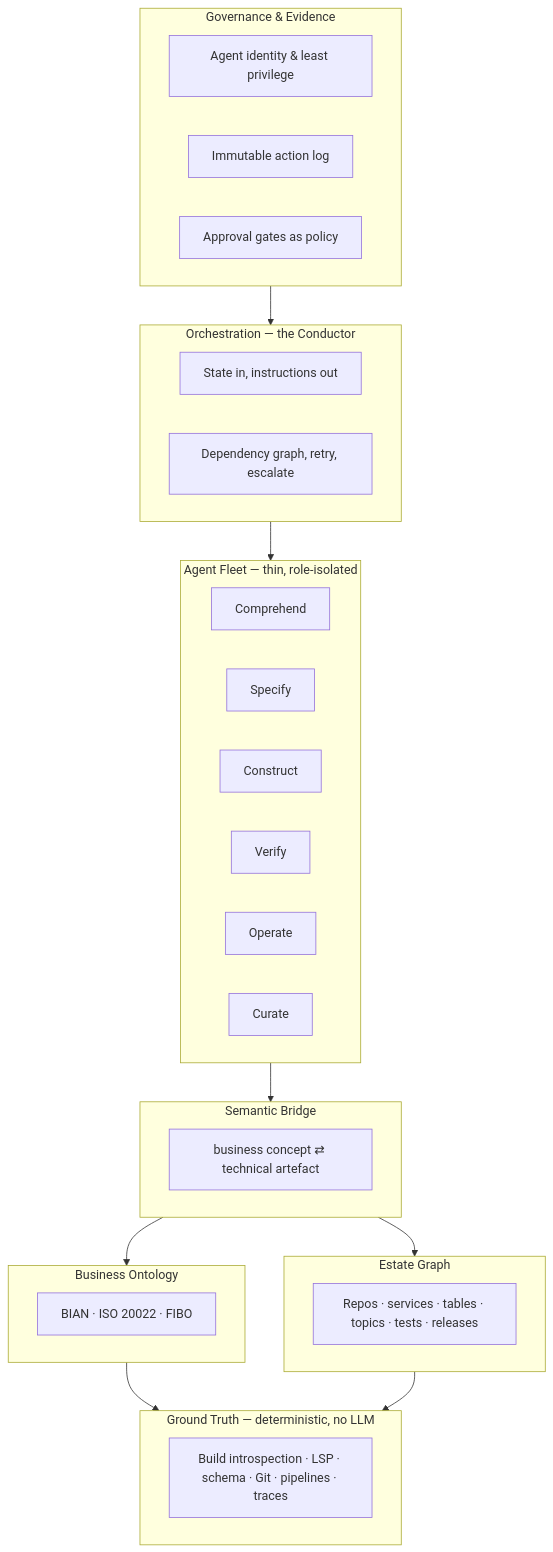
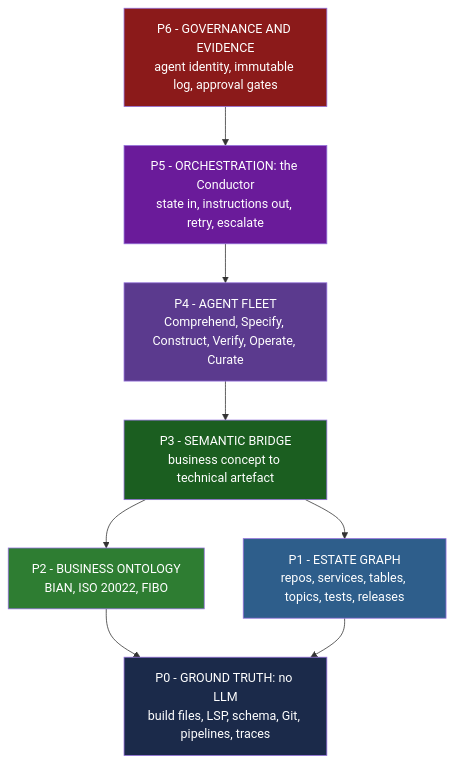
Before and after one commit to rounak-das2008/BTACoreBankingHCLTech-KG: the third of 7 diagrams in research/03-slide-deck-content.md, drawn with Mermaid. The commit also changed other lines of this file and 29 other files, not shown here.

First line of the commit message:
Add PRIME.AI v2 slide contents, research paper and verified diagrams

````diff
--- a/research/03-slide-deck-content.md
+++ b/research/03-slide-deck-content.md
@@ -160,38 +292,26 @@
 ```mermaid
 flowchart TB
-    subgraph P6["Governance & Evidence"]
-        G1[Agent identity & least privilege]
-        G2[Immutable action log]
-        G3[Approval gates as policy]
-    end
-    subgraph P5["Orchestration — the Conductor"]
-        O1[State in, instructions out]
-        O2[Dependency graph, retry, escalate]
-    end
-    subgraph P4["Agent Fleet — thin, role-isolated"]
-        A1[Comprehend]
-        A2[Specify]
-        A3[Construct]
-        A4[Verify]
-        A5[Operate]
-        A6[Curate]
-    end
-    subgraph P3["Semantic Bridge"]
-        B1["business concept ⇄ technical artefact"]
-    end
-    subgraph P2["Business Ontology"]
-        C1[BIAN · ISO 20022 · FIBO]
-    end
-    subgraph P1["Estate Graph"]
-        D1[Repos · services · tables · topics · tests · releases]
-    end
-    subgraph P0["Ground Truth — deterministic, no LLM"]
-        E1[Build introspection · LSP · schema · Git · pipelines · traces]
-    end
+    P6["P6 - GOVERNANCE AND EVIDENCE<br/>agent identity, immutable log, approval gates"]
+    P5["P5 - ORCHESTRATION: the Conductor<br/>state in, instructions out, retry, escalate"]
+    P4["P4 - AGENT FLEET<br/>Comprehend, Specify, Construct, Verify, Operate, Curate"]
+    P3["P3 - SEMANTIC BRIDGE<br/>business concept to technical artefact"]
+    P2["P2 - BUSINESS ONTOLOGY<br/>BIAN, ISO 20022, FIBO"]
+    P1["P1 - ESTATE GRAPH<br/>repos, services, tables, topics, tests, releases"]
+    P0["P0 - GROUND TRUTH: no LLM<br/>build files, LSP, schema, Git, pipelines, traces"]
 
-    P6 --> P5 --> P4 --> P3
+    P6 --> P5
+    P5 --> P4
+    P4 --> P3
     P3 --> P2
     P3 --> P1
     P2 --> P0
     P1 --> P0
+
+    style P6 fill:#8B1A1A,color:#ffffff
+    style P5 fill:#6A1B9A,color:#ffffff
+    style P4 fill:#5B3A8E,color:#ffffff
+    style P3 fill:#1B5E20,color:#ffffff
+    style P2 fill:#2E7D32,color:#ffffff
+    style P1 fill:#2E5E8B,color:#ffffff
+    style P0 fill:#1B2A4A,color:#ffffff
 ```
````
